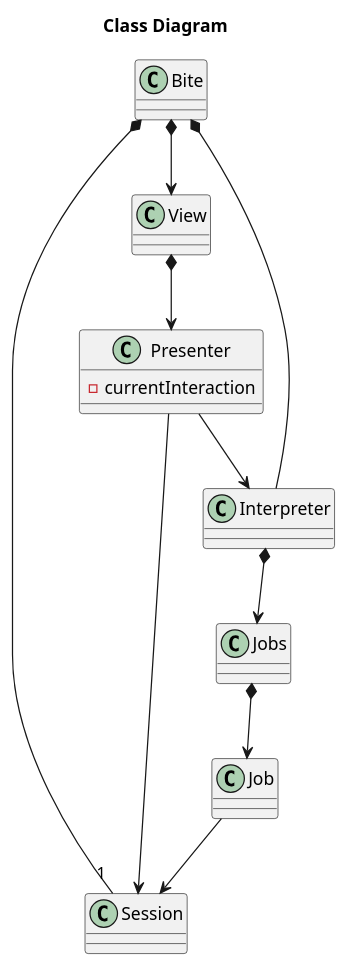
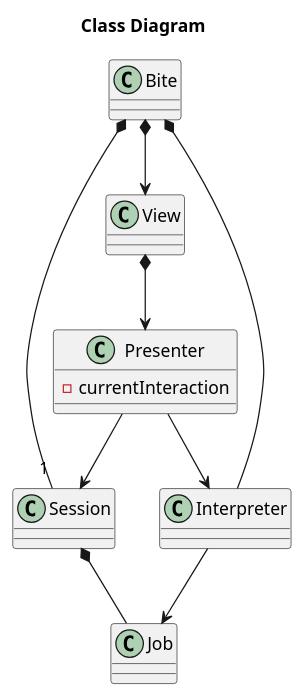
The first of 6 diagrams in doc/architecture.pu (LarsEKrueger/bite), drawn with PlantUML before and after one commit. The commit also changed other lines of this file, not shown here.

Commit message:
doc: Update architecture diagrams

```diff
--- a/doc/architecture.pu
+++ b/doc/architecture.pu
@@ -1,27 +1,25 @@
 @startuml
 
 title Class Diagram
 
 class Bite
 class View
 class Session
-class Jobs
 class Presenter {
   - currentInteraction
 }
 class Interpreter
 
 Bite *--> View
 Bite *-- Interpreter
 Bite *-- "1" Session
 
 View *--> Presenter
 Presenter --> Session
 Presenter --> Interpreter
 
-Interpreter *--> Jobs
+Interpreter --> Job
 
-Jobs *--> Job
-Job --> Session
+Session *-- Job
 
 @enduml
```
